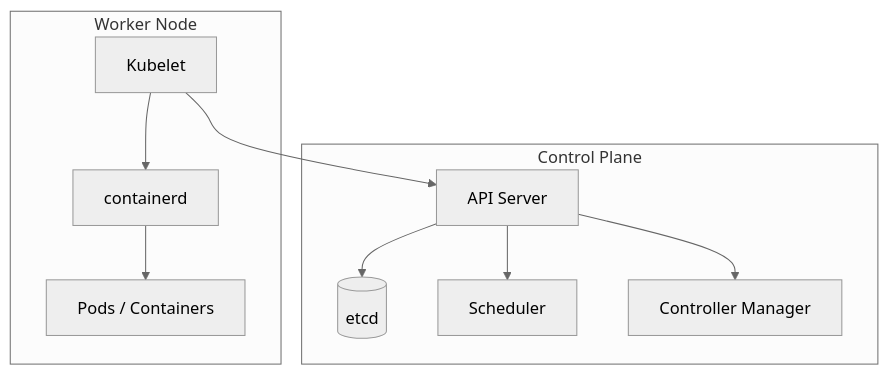
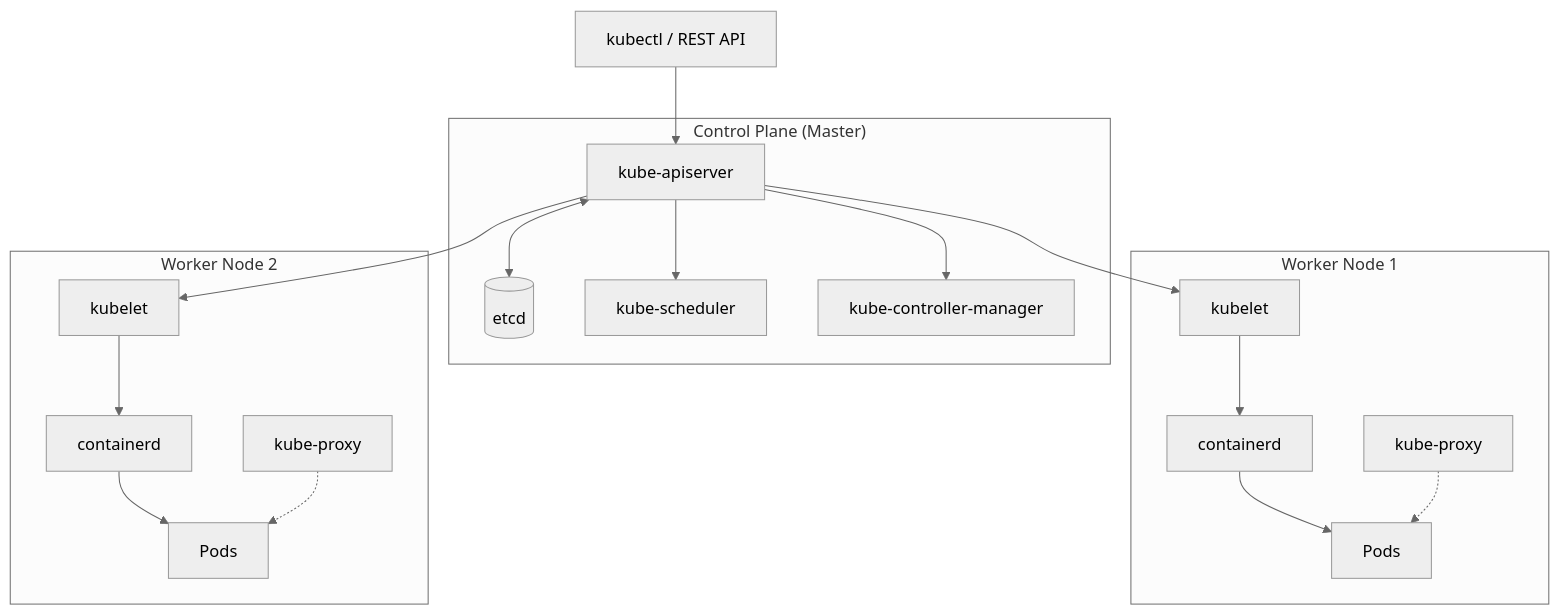
One commit to AbdelwahabAdam/K8S-notes changed the first of 21 diagrams in readme.md. Above: the diagram before and after it, drawn with Mermaid (neutral theme). The commit also changed other lines of this file and 2 other files, not shown here.

````diff
--- a/readme.md
+++ b/readme.md
@@ -68,20 +68,34 @@
 ```mermaid
 flowchart TB
-    subgraph ControlPlane["Control Plane"]
-        API[API Server]
+    subgraph CP["Control Plane (Master)"]
+        API[kube-apiserver]
         ETCD[(etcd)]
-        SCH[Scheduler]
-        CTRL[Controller Manager]
+        SCH[kube-scheduler]
+        CM[kube-controller-manager]
     end
-    subgraph Worker["Worker Node"]
-        KUBELET[Kubelet]
-        RUNTIME[containerd]
-        PODS[Pods / Containers]
+
+    subgraph W1["Worker Node 1"]
+        KL1[kubelet]
+        KP1[kube-proxy]
+        CR1[containerd]
+        P1[Pods]
     end
-    API --> ETCD
+
+    subgraph W2["Worker Node 2"]
+        KL2[kubelet]
+        KP2[kube-proxy]
+        CR2[containerd]
+        P2[Pods]
+    end
+
+    USER[kubectl / REST API] --> API
+    API <--> ETCD
     API --> SCH
-    API --> CTRL
-    KUBELET --> API
-    KUBELET --> RUNTIME
-    RUNTIME --> PODS
+    API --> CM
+    API --> KL1
+    API --> KL2
+    KL1 --> CR1 --> P1
+    KL2 --> CR2 --> P2
+    KP1 -.-> P1
+    KP2 -.-> P2
 ```
````
